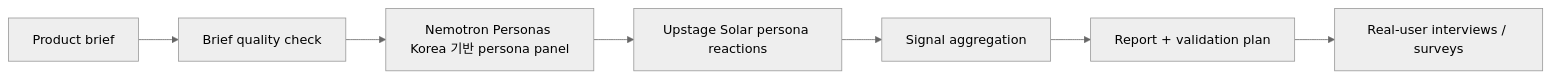
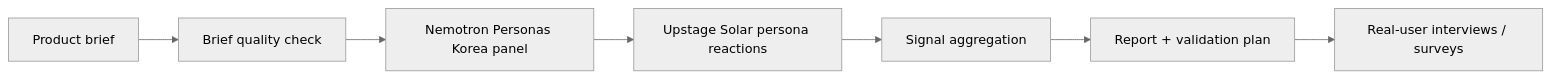
One commit to choihyun-1110/hynix-pe-simulation changed the diagram in README.md. Above: the diagram before and after it, drawn with Mermaid (neutral theme). The commit also changed other lines of this file, not shown here.

````diff
--- a/README.md
+++ b/README.md
@@ -57,9 +57,9 @@
 ```mermaid
 flowchart LR
   A[Product brief] --> B[Brief quality check]
-  B --> C[Nemotron Personas Korea 기반 persona panel]
+  B --> C[Nemotron Personas Korea panel]
   C --> D[Upstage Solar persona reactions]
   D --> E[Signal aggregation]
   E --> F[Report + validation plan]
   F --> G[Real-user interviews / surveys]
 ```
````
